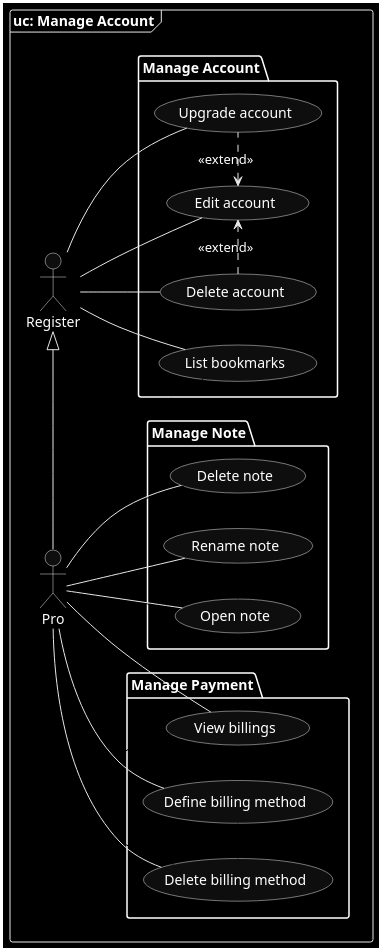
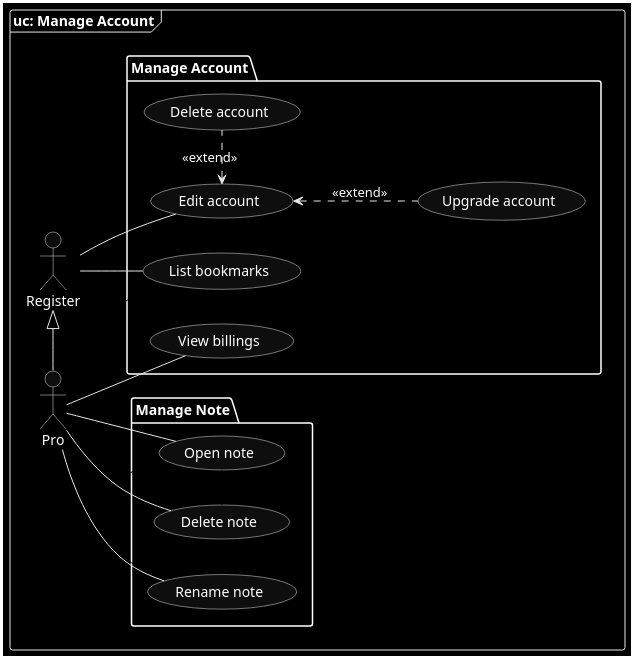
Before and after one commit to SSMM0498/arkad-conception: the diagram in models/1.UseCase/account/1.UseCase.puml, drawn with PlantUML. The commit also changed 5 other files, not shown here.

```diff
--- a/models/1.UseCase/account/1.UseCase.puml
+++ b/models/1.UseCase/account/1.UseCase.puml
@@ -1,44 +1,36 @@
 @startuml UseCase
 left to right direction
 skinparam shadowing false
 skinparam monochrome reverse
 
 frame "uc: Manage Account" {
     actor Register
     actor Pro
 
     Register <|-left- Pro
 
     package "Manage Account" {
         (List bookmarks)
-        (Edit account) <.right. (Upgrade account) : <<extend>>
-        (Edit account) <.left. (Delete account) : <<extend>>
-    }
-
-    package "Manage Payment" {
-        (Define billing method) -left- (Delete billing method) #line:white
-        (Delete billing method) -left- (View billings) #line:white
+        (Edit account) <.down. (Upgrade account) : <<extend>>
+        (Edit account) <.right. (Delete account) : <<extend>>
+        (View billings)
     }
 
     package "Manage Note" {
         (Open note) -left- (Delete note) #line:white
         (Open note) -left- (Rename note) #line:white
     }
 
     :Register: -down- (Edit account)
-    :Register: -down- (Delete account)
-    :Register: -down- (Upgrade account)
     :Register: -down- (List bookmarks)
 
     :Pro: .down. (List bookmarks) #line:white
 
     :Pro: -down- (Open note)
     :Pro: -down- (Delete note)
     :Pro: -down- (Rename note)
 
-    :Pro: -down- (Define billing method)
-    :Pro: -down- (Delete billing method)
     :Pro: -down- (View billings)
 }
 
 @enduml
```
